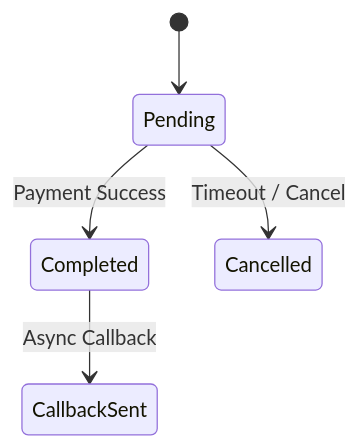
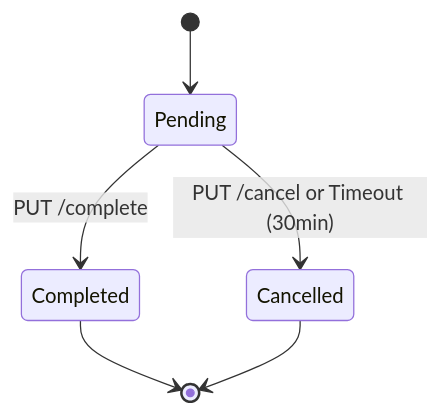
The fourth of 4 diagrams in README.md (hsyndnc/Read.me-Ornek), drawn with Mermaid before and after one commit. The commit also changed other lines of this file, not shown here.

First line of the commit message:
Revise README with API endpoints and architecture details

````diff
--- a/README.md
+++ b/README.md
@@ -404,9 +271,8 @@
 ```mermaid
-
 stateDiagram-v2
     [*] --> Pending
-    Pending --> Completed : Payment Success
-    Pending --> Cancelled : Timeout / Cancel
-    Completed --> CallbackSent : Async Callback
-
+    Pending --> Completed : PUT /complete
+    Pending --> Cancelled : PUT /cancel or Timeout (30min)
+    Completed --> [*]
+    Cancelled --> [*]
 ```
````
